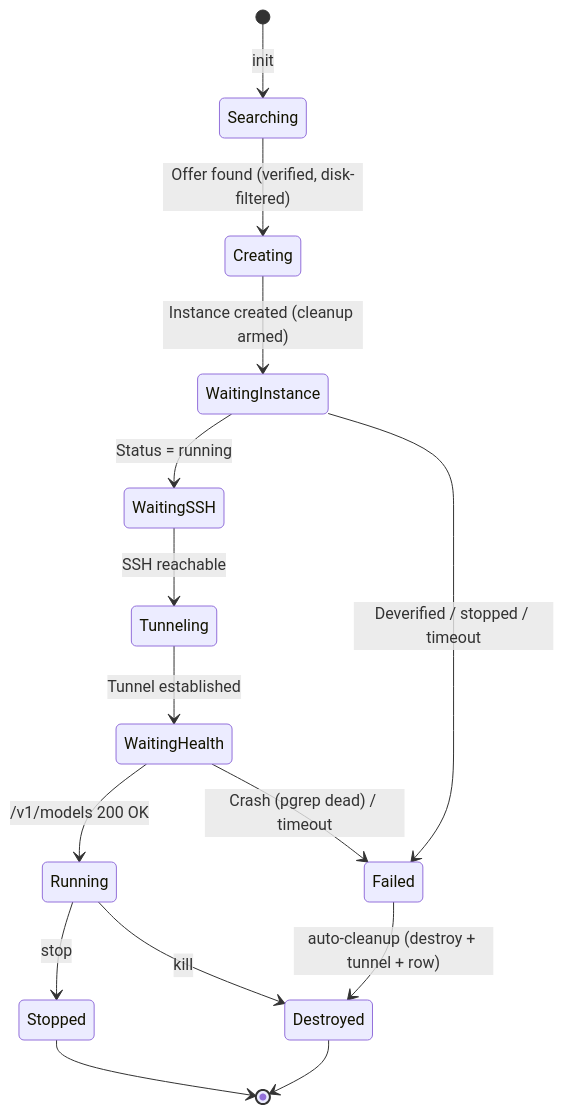
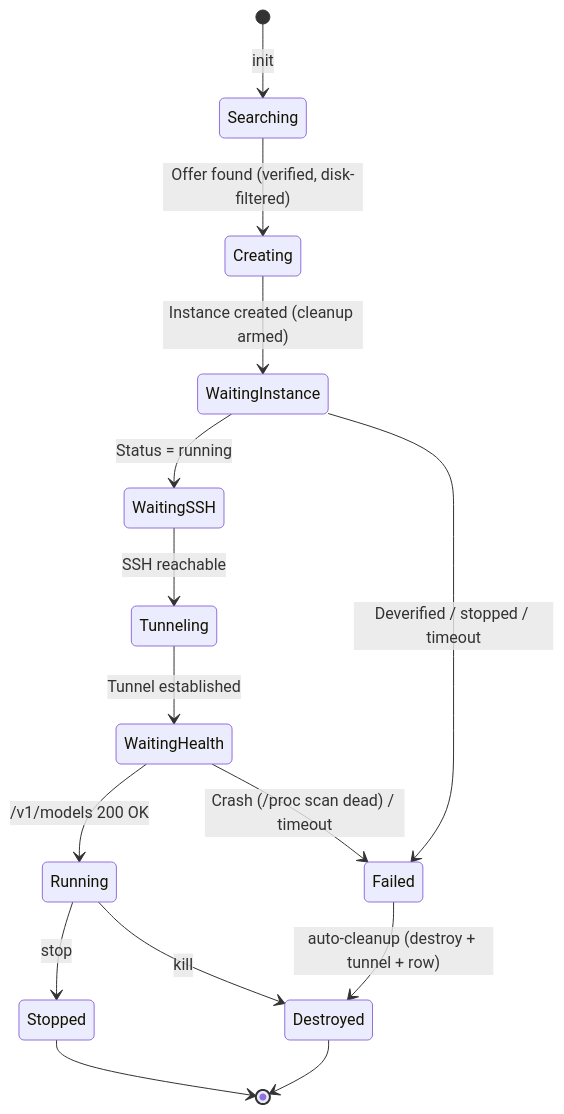
Before and after one commit to WWTLF/mycodeagent: the fifth of 6 diagrams in docs/Solution.md, drawn with Mermaid. The commit also changed other lines of this file and 22 other files, not shown here.

````diff
--- a/docs/Solution.md
+++ b/docs/Solution.md
@@ -314,17 +431,17 @@
 ```mermaid
 stateDiagram-v2
     [*] --> Searching: init <model>
     Searching --> Creating: Offer found (verified, disk-filtered)
     Creating --> WaitingInstance: Instance created (cleanup armed)
     WaitingInstance --> WaitingSSH: Status = running
     WaitingInstance --> Failed: Deverified / stopped / timeout
     WaitingSSH --> Tunneling: SSH reachable
     Tunneling --> WaitingHealth: Tunnel established
     WaitingHealth --> Running: /v1/models 200 OK
-    WaitingHealth --> Failed: Crash (pgrep dead) / timeout
+    WaitingHealth --> Failed: Crash (/proc scan dead) / timeout
     Running --> Stopped: stop <id>
     Running --> Destroyed: kill <id>
     Failed --> Destroyed: auto-cleanup (destroy + tunnel + row)
     Stopped --> [*]
     Destroyed --> [*]
 ```
````
